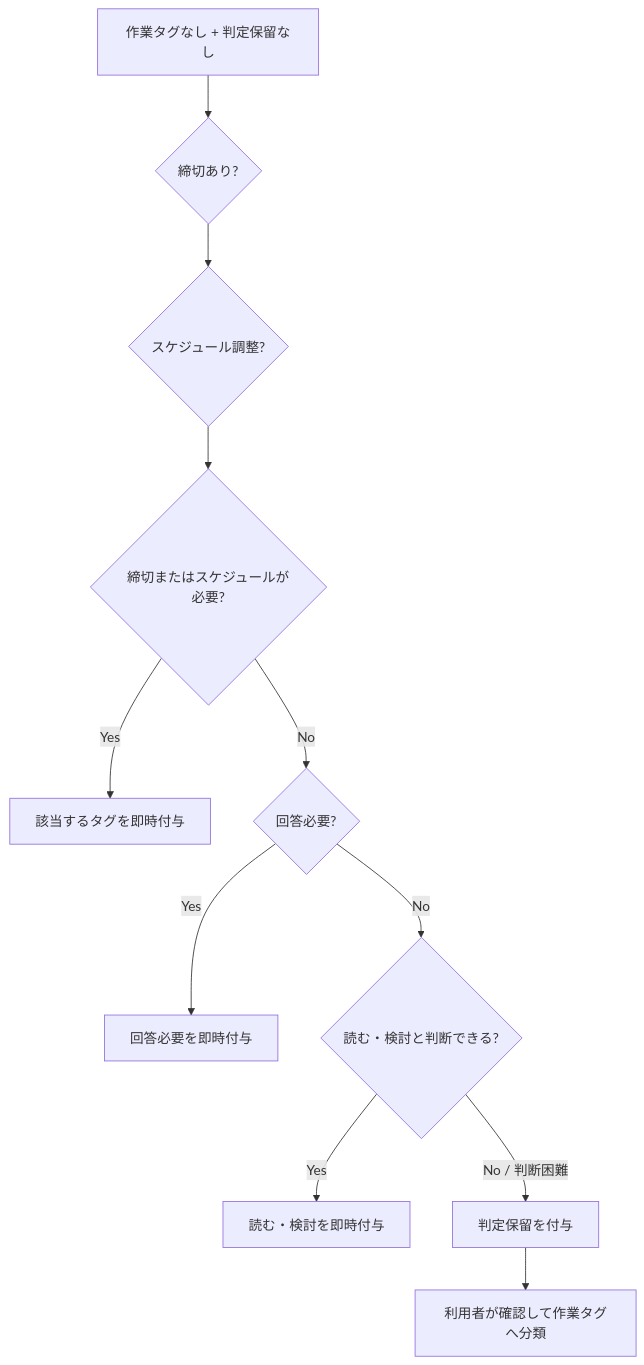
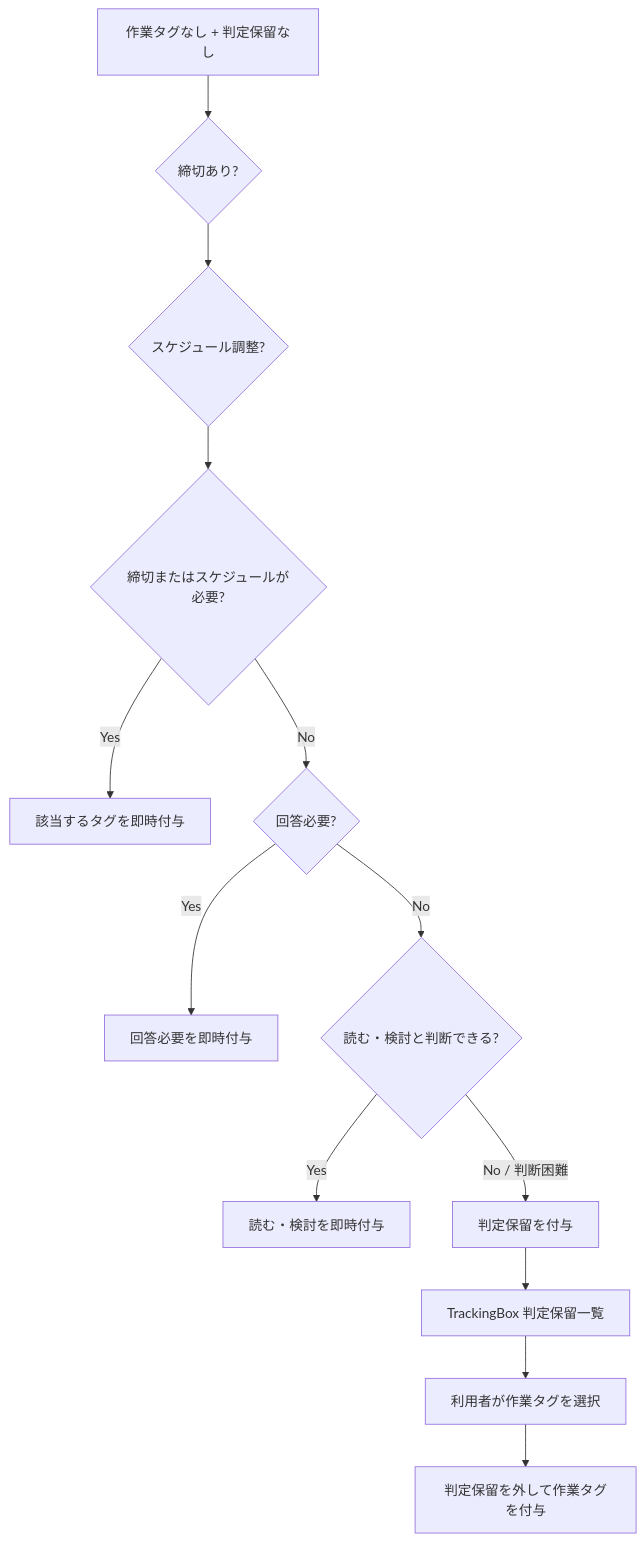
The first of 3 diagrams in docs/design_workflow.md (a3suger/WorkInBox), drawn with Mermaid before and after one commit. The commit also changed other lines of this file, not shown here.

Commit message:
Specify where 判定保留 is reviewed in TrackingBox UI

````diff
--- a/docs/design_workflow.md
+++ b/docs/design_workflow.md
@@ -378,13 +392,15 @@
 ```mermaid
 flowchart TD
     A[作業タグなし + 判定保留なし] --> B{締切あり?}
     B --> C{スケジュール調整?}
     C --> D{締切またはスケジュールが必要?}
     D -- Yes --> E[該当するタグを即時付与]
     D -- No --> F{回答必要?}
     F -- Yes --> G[回答必要を即時付与]
     F -- No --> H{読む・検討と判断できる?}
     H -- Yes --> I[読む・検討を即時付与]
     H -- No / 判断困難 --> J[判定保留を付与]
-    J --> K[利用者が確認して作業タグへ分類]
+    J --> K[TrackingBox 判定保留一覧]
+    K --> L[利用者が作業タグを選択]
+    L --> M[判定保留を外して作業タグを付与]
 ```
````
